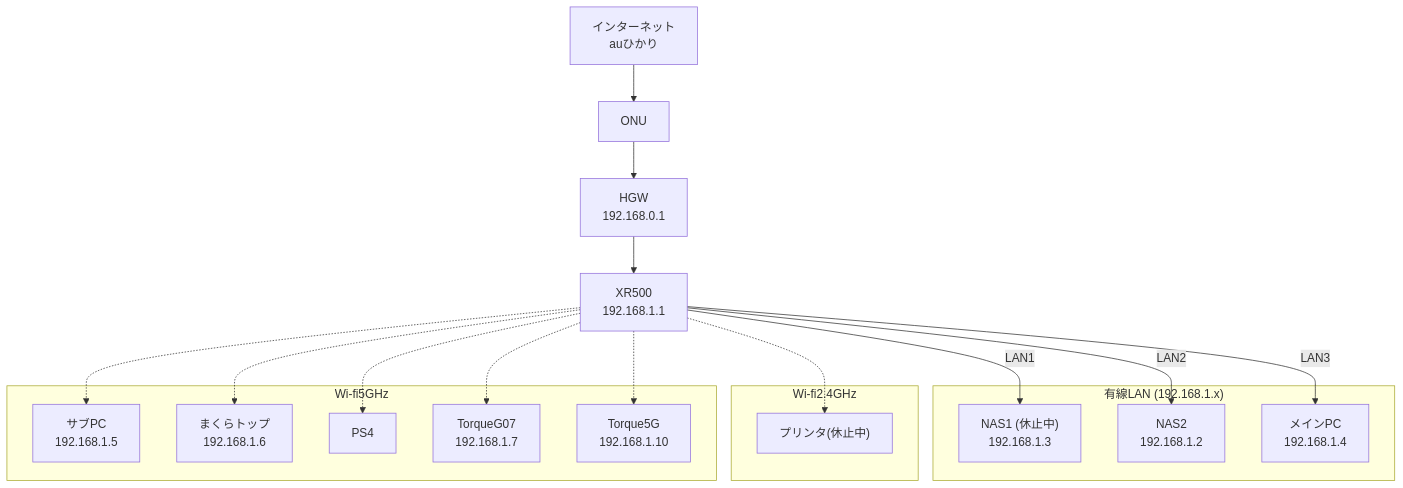
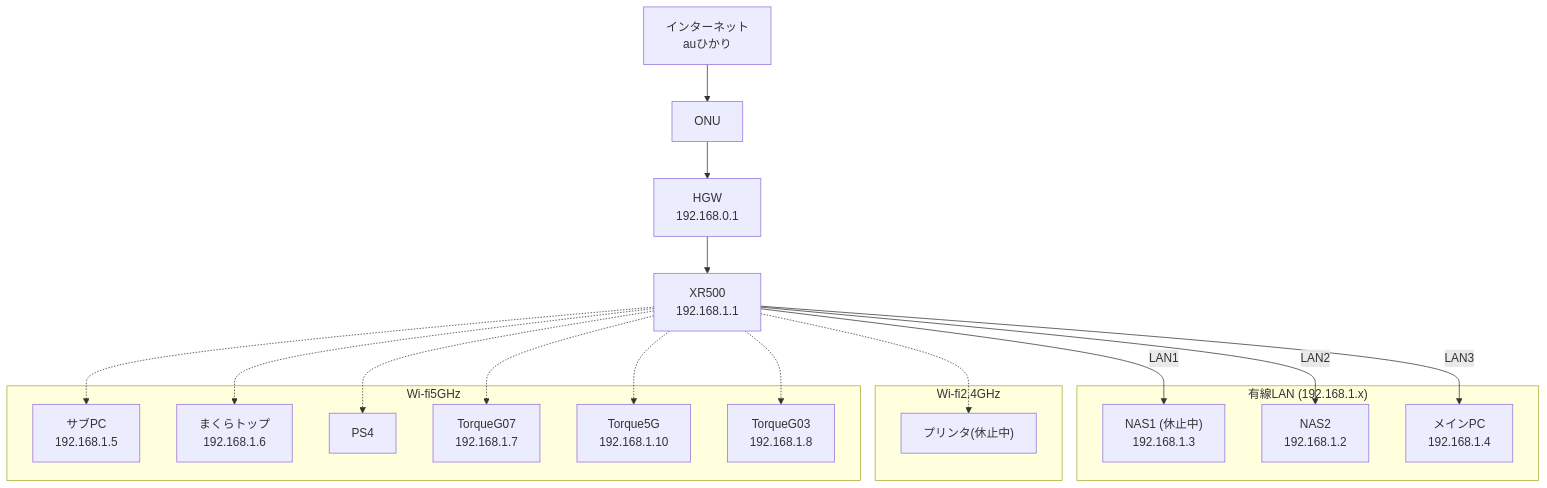
Before and after one commit to bintatu/Obsidian-Version: the diagram in TM-NETWORK管理図/TM-NETWORK Mermaid図.md, drawn with Mermaid. The commit also changed 4 other files, not shown here.

````diff
--- a/TM-NETWORK管理図/TM-NETWORK Mermaid図.md
+++ b/TM-NETWORK管理図/TM-NETWORK Mermaid図.md
@@ -2,40 +2,41 @@
 ```mermaid
 graph TD
     Internet[インターネット<br/>auひかり]
     ONU[ONU]
     HGW[HGW<br/>192.168.0.1]
     XR500[XR500<br/>192.168.1.1]
 
 	Internet --> ONU --> HGW --> XR500
  
 	subgraph 有線LAN["有線LAN (192.168.1.x)"]
 	 NAS1["NAS1 (休止中)<br/>192.168.1.3"]
 	 NAS2["NAS2<br/>192.168.1.2"]
 	 PC["メインPC<br/>192.168.1.4"]
   end 
   
 	subgraph Wi-Fi2.4GHz["Wi-fi2.4GHz"]
 	 Printer["プリンタ(休止中)"]
   end  
 
 	subgraph Wi-Fi5GHz["Wi-fi5GHz"]
 	 sub["サブPC<br/>192.168.1.5"]
 	 Makura["まくらトップ<br/>192.168.1.6"]
 	 PS4[PS4]
 	 Phone1["TorqueG07<br/>192.168.1.7"]
 	 Phone2["Torque5G<br/>192.168.1.10"]
+	 Phone3["TorqueG03<br/>192.168.1.8"]
   end
 	
 	 XR500 -->|LAN1| NAS1
 	 XR500 -->|LAN2| NAS2
 	 XR500 -->|LAN3| PC
 	 
 	 XR500 -.-> Printer
 	 
 	 XR500 -.-> sub
 	 XR500 -.-> Makura
 	 XR500 -.-> PS4
 	 XR500 -.-> Phone1
 	 XR500 -.-> Phone2
-	 
+	 XR500 -.-> Phone3
  ``` 
````
